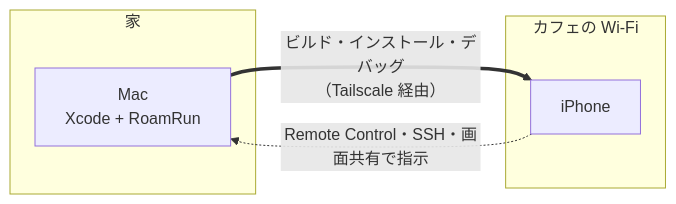
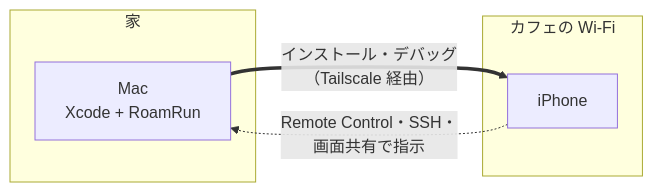
One commit to mh-mobile/zenn_docs changed the second of 13 diagrams in articles/4380fe7546a237.md. Above: the diagram before and after it, drawn with Mermaid. The commit also changed other lines of this file and 10 other files, not shown here.

````diff
--- a/articles/4380fe7546a237.md
+++ b/articles/4380fe7546a237.md
@@ -47,11 +76,11 @@
 ```mermaid
 flowchart LR
   subgraph home["家"]
     mac["Mac<br/>Xcode + RoamRun"]
   end
   subgraph cafe["カフェの Wi-Fi"]
     iphone["iPhone"]
   end
-  iphone -. "Remote Control・SSH・画面共有で指示" .-> mac
-  mac == "ビルド・インストール・デバッグ<br/>（Tailscale 経由）" ==> iphone
+  iphone -. "Remote Control・SSH・<br/>画面共有で指示" .-> mac
+  mac == "インストール・デバッグ<br/>（Tailscale 経由）" ==> iphone
 ```
````
